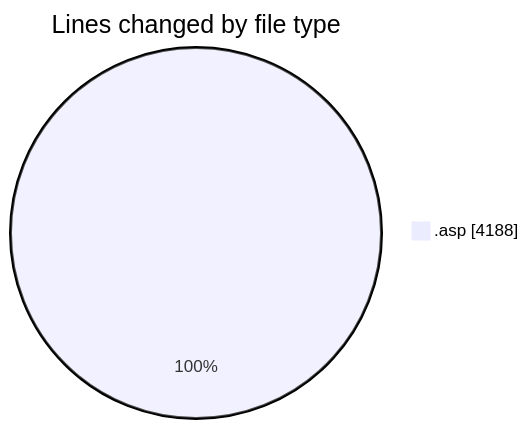
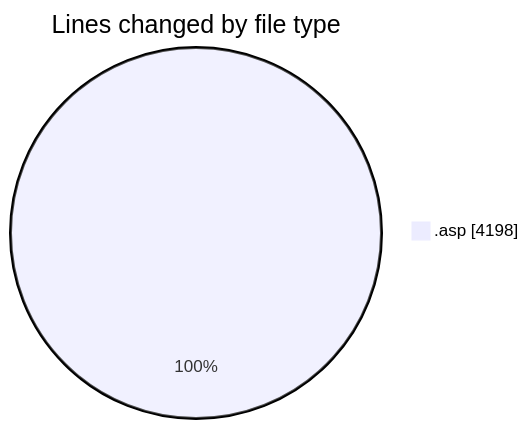
One commit to julien-gomy/code-tracking changed the first of 2 diagrams in 2025-11-04/cdp_aleoudev_fr__workspace_/README.md. Above: the diagram before and after it, drawn with Mermaid. The commit also changed other lines of this file and 1 other file, not shown here.

````diff
--- a/2025-11-04/cdp_aleoudev_fr__workspace_/README.md
+++ b/2025-11-04/cdp_aleoudev_fr__workspace_/README.md
@@ -21,5 +21,5 @@
 ```mermaid
 pie showData
 title Lines changed by file type
-".asp" : 4188
+".asp" : 4198
 ```
````
